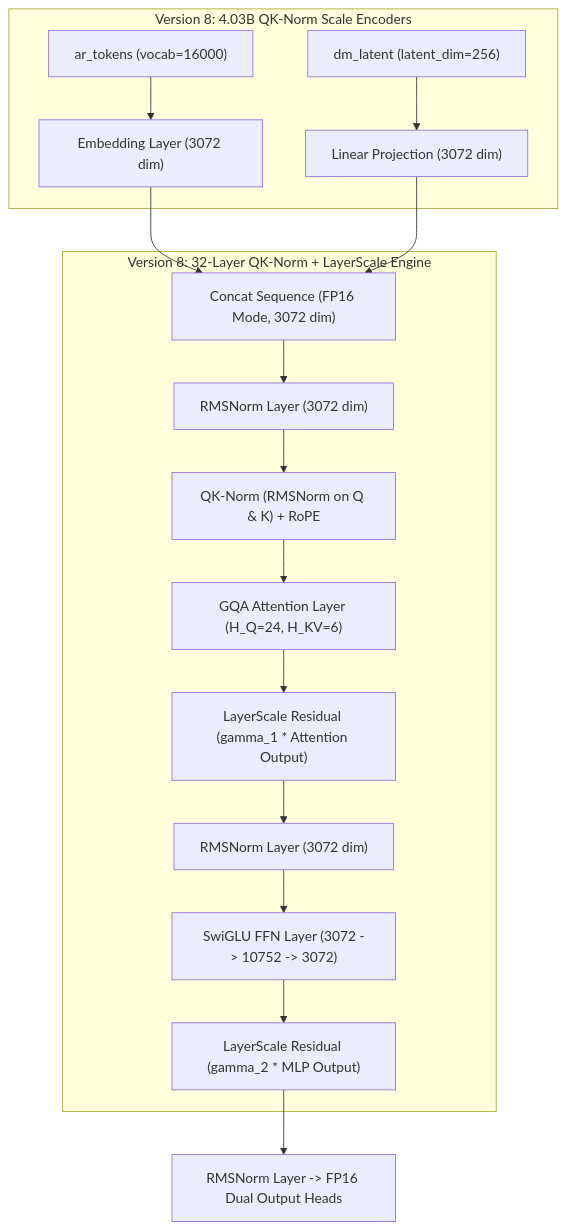
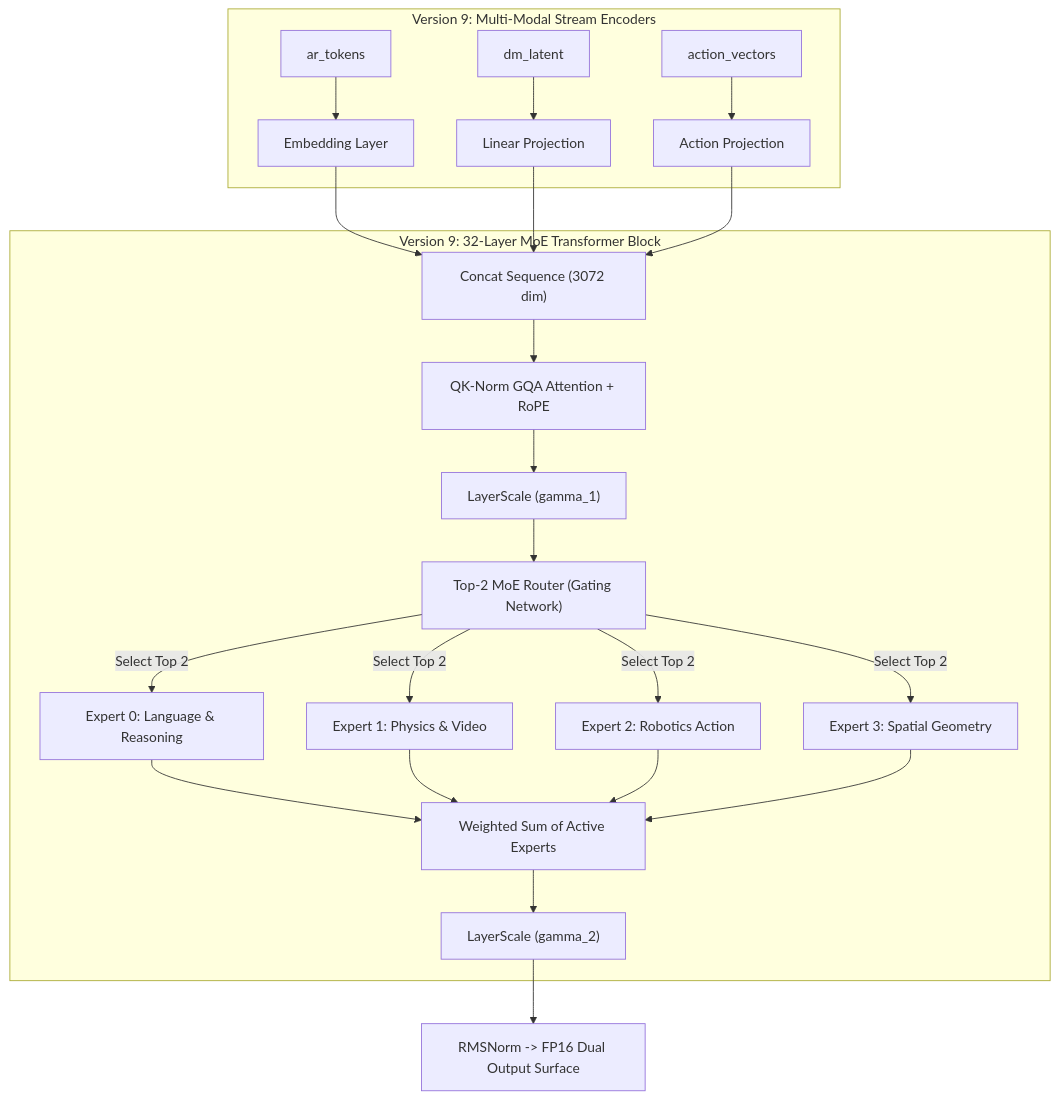
One commit to datascience180806/mini_cosmos changed the diagram in VERSION_COMPARISON.md. Above: the diagram before and after it, drawn with Mermaid. The commit also changed other lines of this file and 1 other file, not shown here.

Commit message:
Update VERSION_COMPARISON.md and README.md with Version 9 Mixture-of-Experts MoE architecture (~7.26B Total / ~4.03B Active Params)

````diff
--- a/VERSION_COMPARISON.md
+++ b/VERSION_COMPARISON.md
@@ -335,22 +77,32 @@
 ```mermaid
 flowchart TD
-    subgraph V8_INPUTS["Version 8: 4.03B QK-Norm Scale Encoders"]
-        V8_AR["ar_tokens (vocab=16000)"] --> V8_EMB["Embedding Layer (3072 dim)"]
-        V8_DM["dm_latent (latent_dim=256)"] --> V8_PROJ["Linear Projection (3072 dim)"]
+    subgraph V9_INPUTS["Version 9: Multi-Modal Stream Encoders"]
+        V9_AR["ar_tokens"] --> V9_EMB["Embedding Layer"]
+        V9_DM["dm_latent"] --> V9_PROJ["Linear Projection"]
+        V9_ACT["action_vectors"] --> V9_ACT_PROJ["Action Projection"]
     end
 
-    V8_EMB --> V8_CAT["Concat Sequence (FP16 Mode, 3072 dim)"]
-    V8_PROJ --> V8_CAT
+    V9_EMB --> V9_CAT["Concat Sequence (3072 dim)"]
+    V9_PROJ --> V9_CAT
+    V9_ACT_PROJ --> V9_CAT
 
-    subgraph V8_BLOCKS["Version 8: 32-Layer QK-Norm + LayerScale Engine"]
-        V8_CAT --> V8_RMS1["RMSNorm Layer (3072 dim)"]
-        V8_RMS1 --> V8_QK["QK-Norm (RMSNorm on Q & K) + RoPE"]
-        V8_QK --> V8_GQA["GQA Attention Layer (H_Q=24, H_KV=6)"]
-        V8_GQA --> V8_LS1["LayerScale Residual (gamma_1 * Attention Output)"]
-        V8_LS1 --> V8_RMS2["RMSNorm Layer (3072 dim)"]
-        V8_RMS2 --> V8_SWIGLU["SwiGLU FFN Layer (3072 -> 10752 -> 3072)"]
-        V8_SWIGLU --> V8_LS2["LayerScale Residual (gamma_2 * MLP Output)"]
+    subgraph V9_BLOCKS["Version 9: 32-Layer MoE Transformer Block"]
+        V9_CAT --> V9_ATTN["QK-Norm GQA Attention + RoPE"]
+        V9_ATTN --> V9_LS1["LayerScale (gamma_1)"]
+        V9_LS1 --> V9_ROUTER["Top-2 MoE Router (Gating Network)"]
+        
+        V9_ROUTER -->|Select Top 2| V9_E0["Expert 0: Language & Reasoning"]
+        V9_ROUTER -->|Select Top 2| V9_E1["Expert 1: Physics & Video"]
+        V9_ROUTER -->|Select Top 2| V9_E2["Expert 2: Robotics Action"]
+        V9_ROUTER -->|Select Top 2| V9_E3["Expert 3: Spatial Geometry"]
+        
+        V9_E0 --> V9_SUM["Weighted Sum of Active Experts"]
+        V9_E1 --> V9_SUM
+        V9_E2 --> V9_SUM
+        V9_E3 --> V9_SUM
+
+        V9_SUM --> V9_LS2["LayerScale (gamma_2)"]
     end
 
-    V8_LS2 --> V8_OUT["RMSNorm Layer -> FP16 Dual Output Heads"]
+    V9_LS2 --> V9_OUT["RMSNorm -> FP16 Dual Output Surface"]
 ```
````
